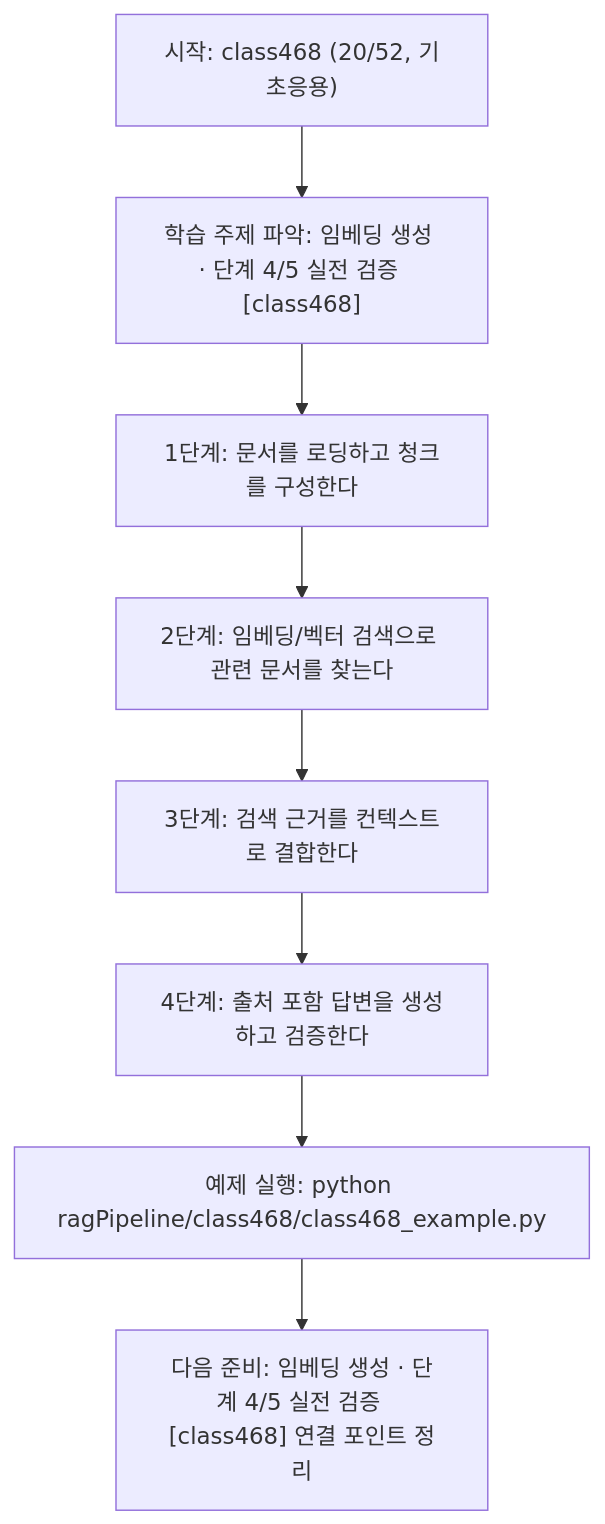
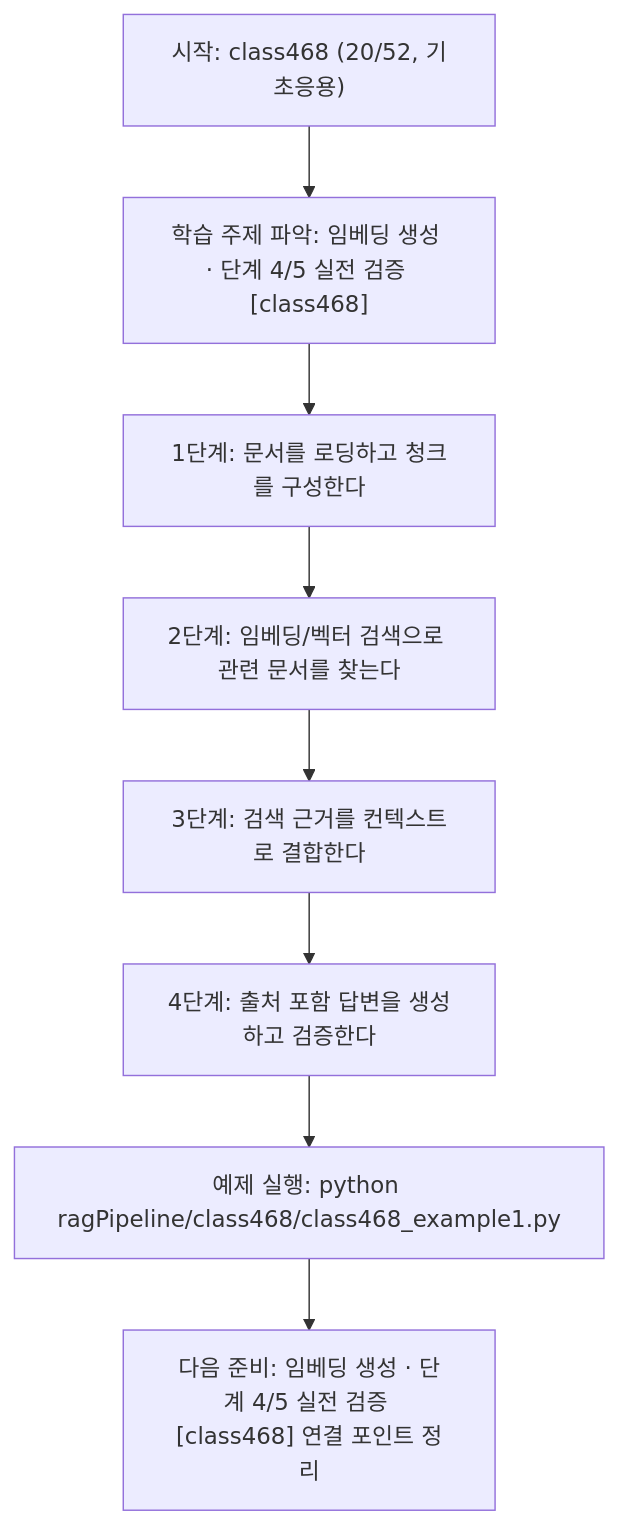
One commit to edumgt/Python-AI_Agent-Class changed the diagram in ragPipeline/class468/class468.md. Above: the diagram before and after it, drawn with Mermaid. The commit also changed other lines of this file and 2959 other files, not shown here.

````diff
--- a/ragPipeline/class468/class468.md
+++ b/ragPipeline/class468/class468.md
@@ -110,18 +110,18 @@
 ```mermaid
 flowchart TD
 N1["시작: class468 (20/52, 기초응용)"]
 N2["학습 주제 파악: 임베딩 생성 · 단계 4/5 실전 검증 [class468]"]
 N3["1단계: 문서를 로딩하고 청크를 구성한다"]
 N4["2단계: 임베딩/벡터 검색으로 관련 문서를 찾는다"]
 N5["3단계: 검색 근거를 컨텍스트로 결합한다"]
 N6["4단계: 출처 포함 답변을 생성하고 검증한다"]
-N7["예제 실행: python ragPipeline/class468/class468_example.py"]
+N7["예제 실행: python ragPipeline/class468/class468_example1.py"]
 N8["다음 준비: 임베딩 생성 · 단계 4/5 실전 검증 [class468] 연결 포인트 정리"]
 N1 --> N2
 N2 --> N3
 N3 --> N4
 N4 --> N5
 N5 --> N6
 N6 --> N7
 N7 --> N8
 ```
````
